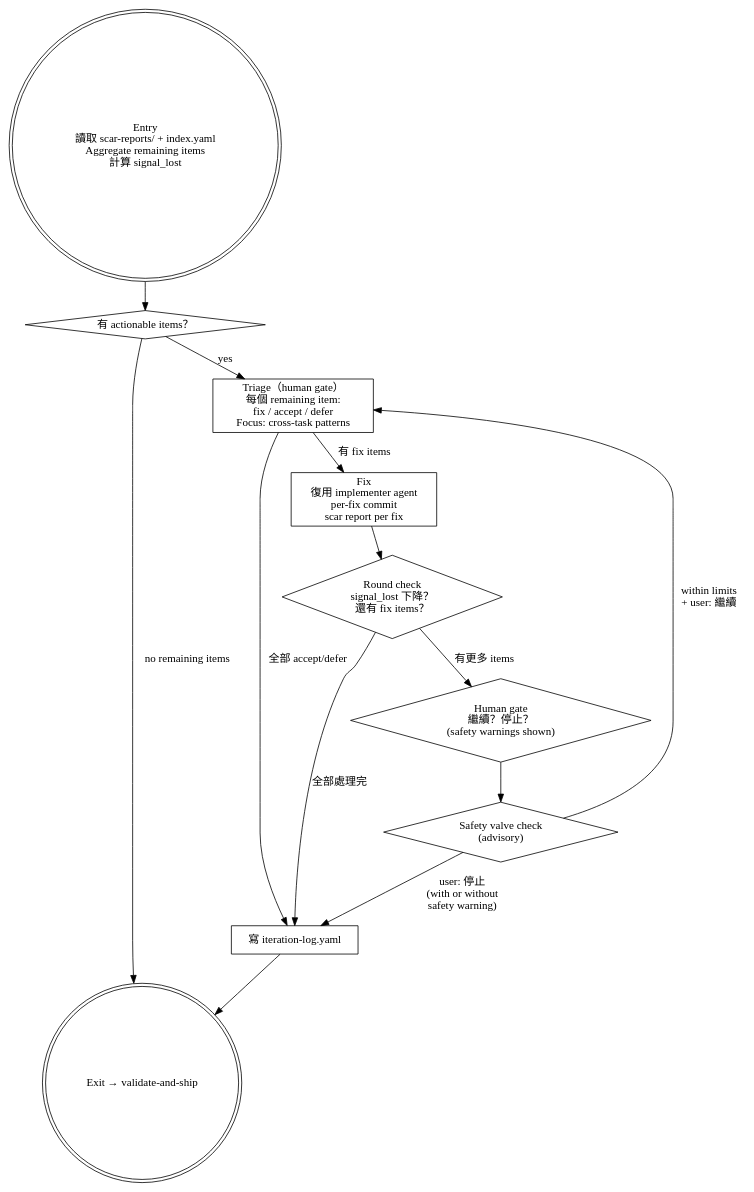
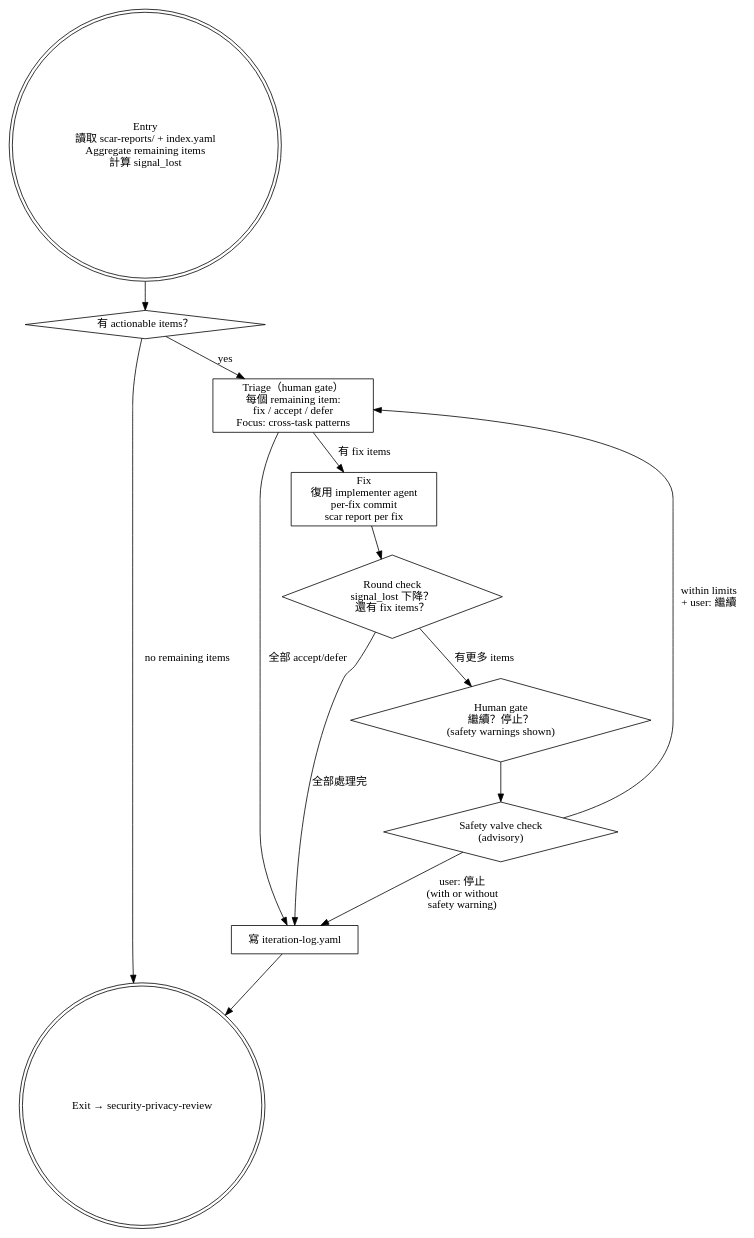
Before and after one commit to roymondliao/kaleidoscope-tools: the diagram in samsara/skills/iteration/SKILL.md, drawn with Graphviz. The commit also changed other lines of this file and 19 other files, not shown here.

First line of the commit message:
feat(samsara): add security-privacy-review gate (Phase 5)

````diff
--- a/samsara/skills/iteration/SKILL.md
+++ b/samsara/skills/iteration/SKILL.md
@@ -20,28 +20,28 @@
 ```dot
 digraph iteration {
     node [shape=box];
 
     entry [label="Entry\n讀取 scar-reports/ + index.yaml\nAggregate remaining items\n計算 signal_lost" shape=doublecircle];
     empty [label="有 actionable items？" shape=diamond];
     triage [label="Triage（human gate）\n每個 remaining item:\nfix / accept / defer\nFocus: cross-task patterns"];
     fix [label="Fix\n復用 implementer agent\nper-fix commit\nscar report per fix"];
     round_check [label="Round check\nsignal_lost 下降？\n還有 fix items？" shape=diamond];
     safety [label="Safety valve check\n(advisory)" shape=diamond];
     gate [label="Human gate\n繼續？停止？\n(safety warnings shown)" shape=diamond];
     log [label="寫 iteration-log.yaml"];
-    exit [label="Exit → validate-and-ship" shape=doublecircle];
+    exit [label="Exit → security-privacy-review" shape=doublecircle];
 
     entry -> empty;
     empty -> triage [label="yes"];
     empty -> exit [label="no remaining items"];
     triage -> fix [label="有 fix items"];
     triage -> log [label="全部 accept/defer"];
     fix -> round_check;
     round_check -> gate [label="有更多 items"];
     round_check -> log [label="全部處理完"];
     gate -> safety;
     safety -> triage [label="within limits\n+ user: 繼續"];
     safety -> log [label="user: 停止\n(with or without\nsafety warning)"];
     log -> exit;
 }
 ```
````
